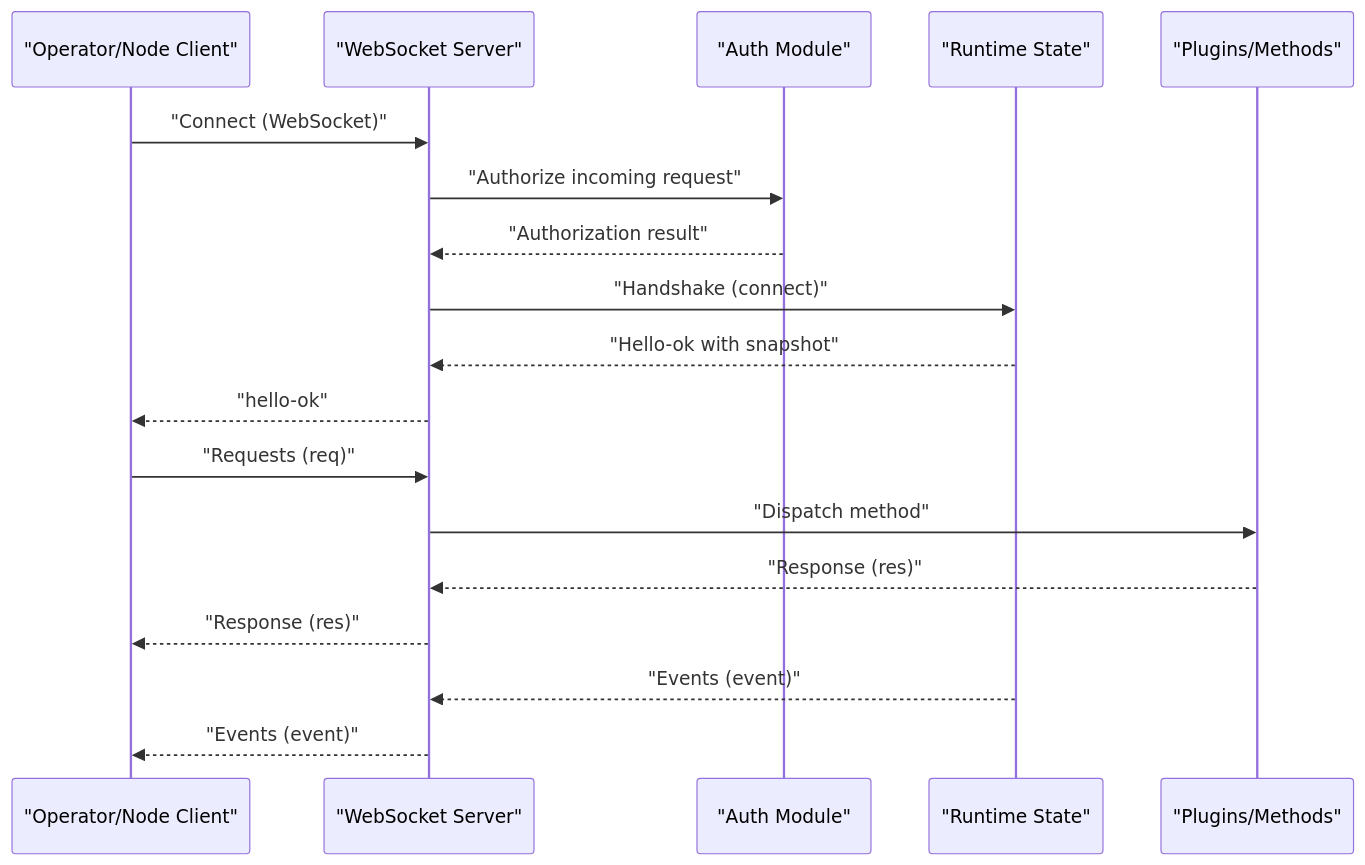
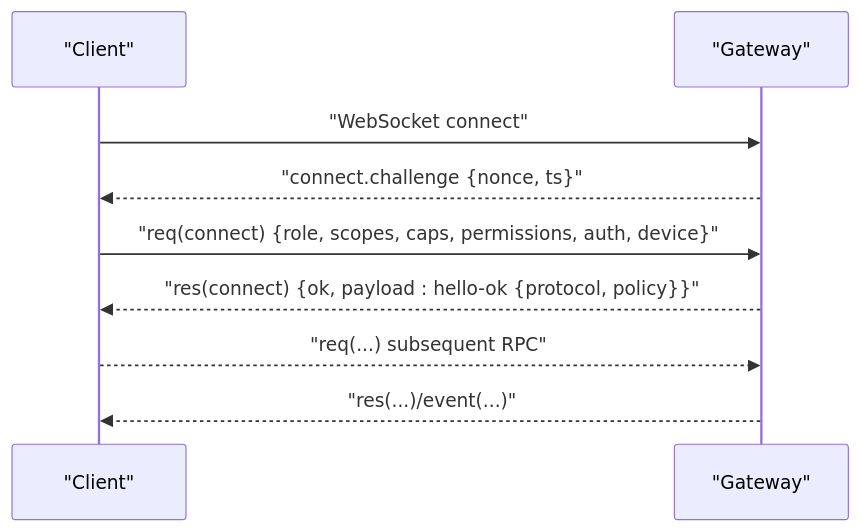
One commit to botx-work/OpenClaw-Internals changed the third of 10 diagrams in repowiki/en/content/Gateway System/Gateway System.md. Above: the diagram before and after it, drawn with Mermaid. The commit also changed other lines of this file and 332 other files, not shown here.

````diff
--- a/repowiki/en/content/Gateway System/Gateway System.md
+++ b/repowiki/en/content/Gateway System/Gateway System.md
@@ -121,20 +152,11 @@
 ```mermaid
 sequenceDiagram
-participant Client as "Operator/Node Client"
-participant WS as "WebSocket Server"
-participant Auth as "Auth Module"
-participant State as "Runtime State"
-participant Plugins as "Plugins/Methods"
-Client->>WS : "Connect (WebSocket)"
-WS->>Auth : "Authorize incoming request"
-Auth-->>WS : "Authorization result"
-WS->>State : "Handshake (connect)"
-State-->>WS : "Hello-ok with snapshot"
-WS-->>Client : "hello-ok"
-Client->>WS : "Requests (req)"
-WS->>Plugins : "Dispatch method"
-Plugins-->>WS : "Response (res)"
-WS-->>Client : "Response (res)"
-State-->>WS : "Events (event)"
-WS-->>Client : "Events (event)"
+participant C as "Client"
+participant G as "Gateway"
+C->>G : "WebSocket connect"
+G-->>C : "connect.challenge {nonce, ts}"
+C->>G : "req(connect) {role, scopes, caps, permissions, auth, device}"
+G-->>C : "res(connect) {ok, payload : hello-ok {protocol, policy}}"
+C-->>G : "req(...) subsequent RPC"
+G-->>C : "res(...)/event(...)"
 ```
````
